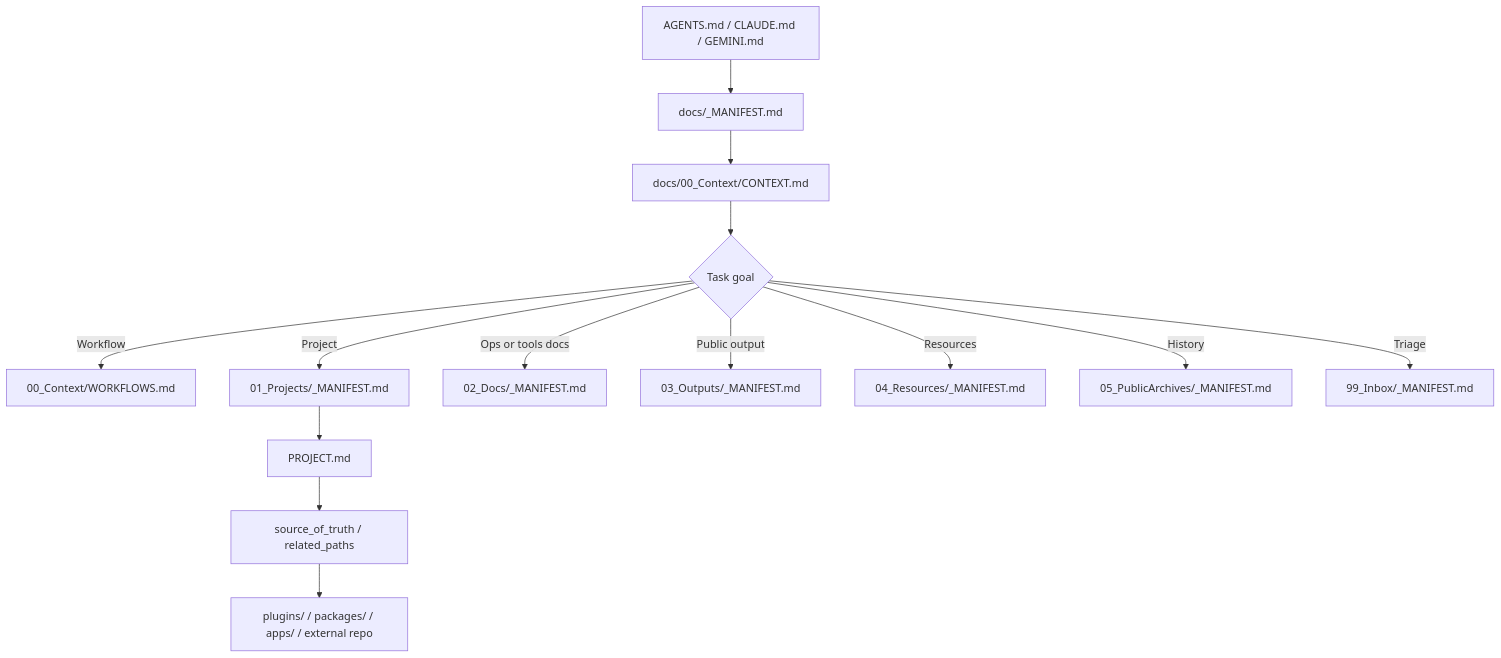
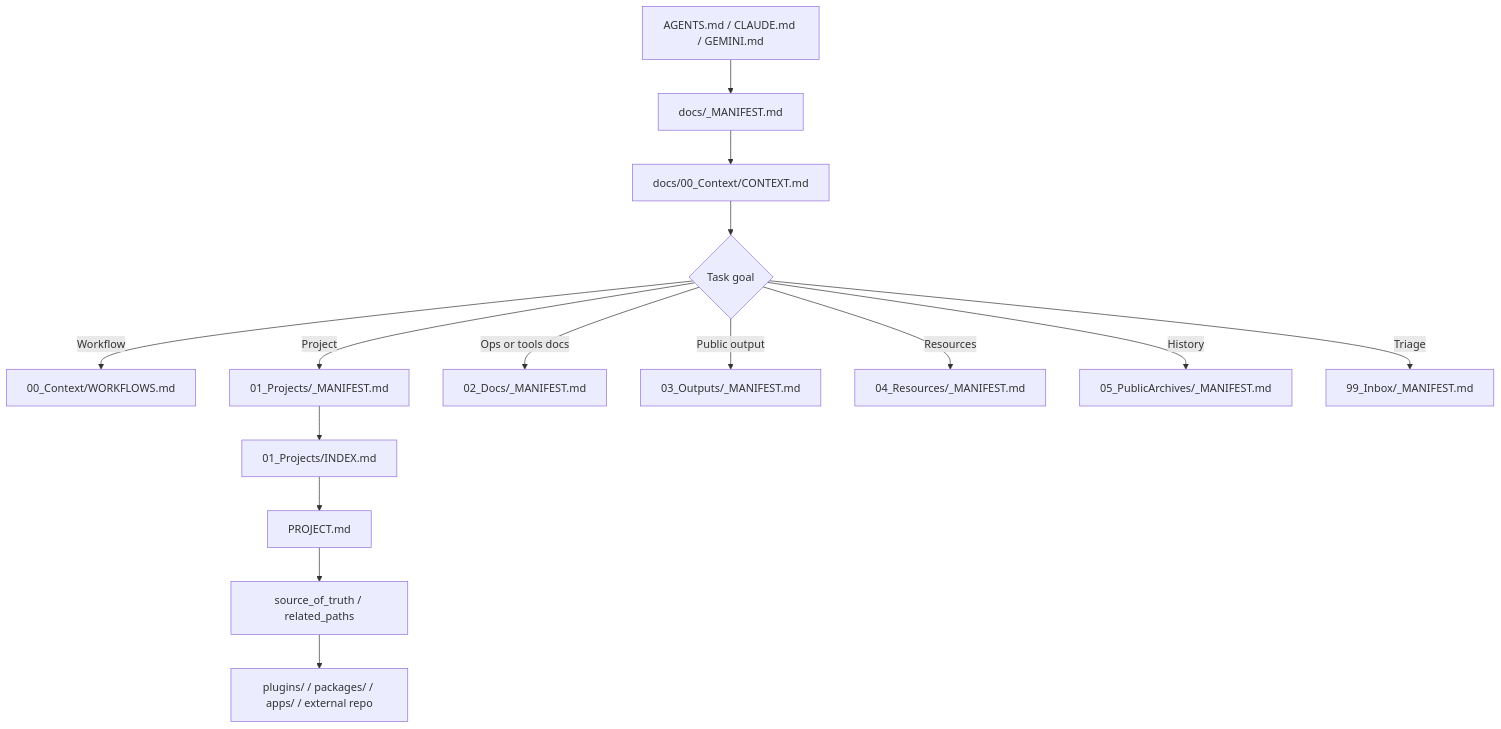
One commit to oyasaiserver/platform changed the diagram in docs/00_Context/CONTEXT.md. Above: the diagram before and after it, drawn with Mermaid. The commit also changed other lines of this file and 23 other files, not shown here.

````diff
--- a/docs/00_Context/CONTEXT.md
+++ b/docs/00_Context/CONTEXT.md
@@ -89,16 +89,17 @@
 ```mermaid
 flowchart TD
   Entry["AGENTS.md / CLAUDE.md / GEMINI.md"] --> Manifest["docs/_MANIFEST.md"]
   Manifest --> Context["docs/00_Context/CONTEXT.md"]
   Context --> Goal{"Task goal"}
   Goal -->|Workflow| Workflows["00_Context/WORKFLOWS.md"]
   Goal -->|Project| ProjectManifest["01_Projects/_MANIFEST.md"]
   Goal -->|Ops or tools docs| DocsManifest["02_Docs/_MANIFEST.md"]
   Goal -->|Public output| OutputsManifest["03_Outputs/_MANIFEST.md"]
   Goal -->|Resources| ResourcesManifest["04_Resources/_MANIFEST.md"]
   Goal -->|History| PublicArchives["05_PublicArchives/_MANIFEST.md"]
   Goal -->|Triage| Inbox["99_Inbox/_MANIFEST.md"]
-  ProjectManifest --> Project["PROJECT.md"]
+  ProjectManifest --> ProjectIndex["01_Projects/INDEX.md"]
+  ProjectIndex --> Project["PROJECT.md"]
   Project --> Sot["source_of_truth / related_paths"]
   Sot --> Impl["plugins/ / packages/ / apps/ / external repo"]
 ```
````
